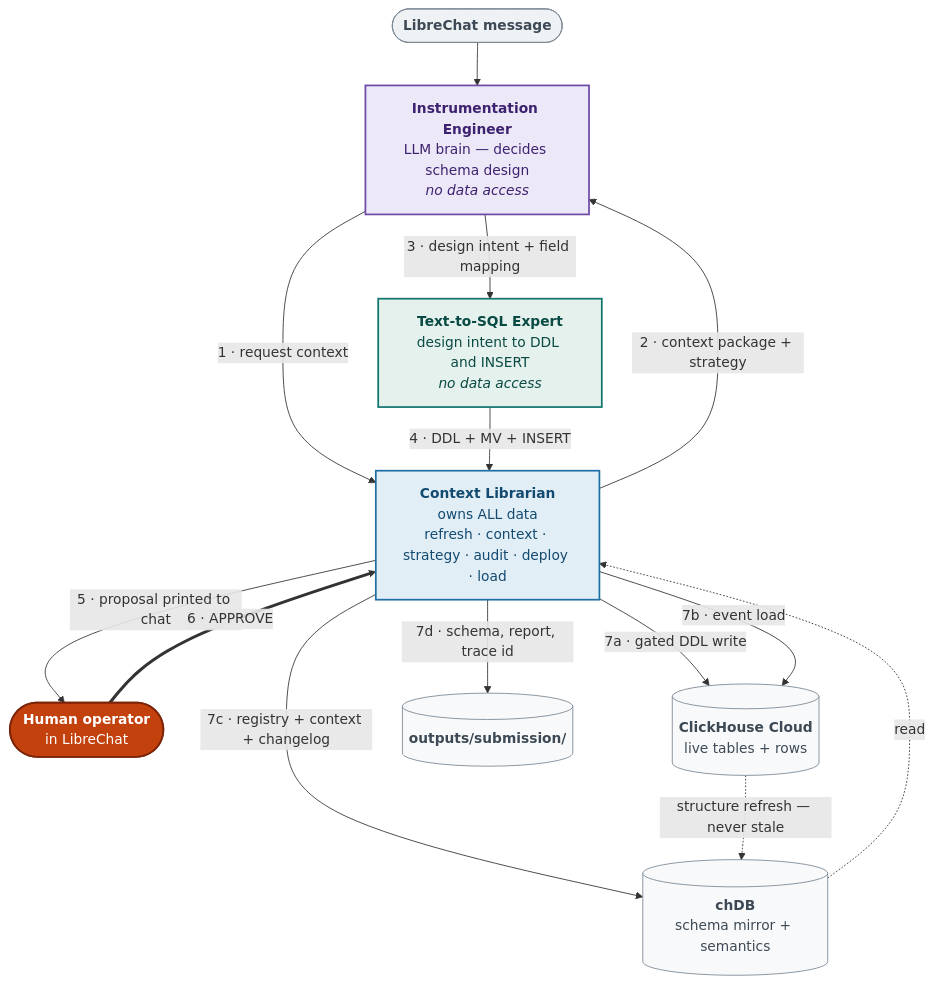
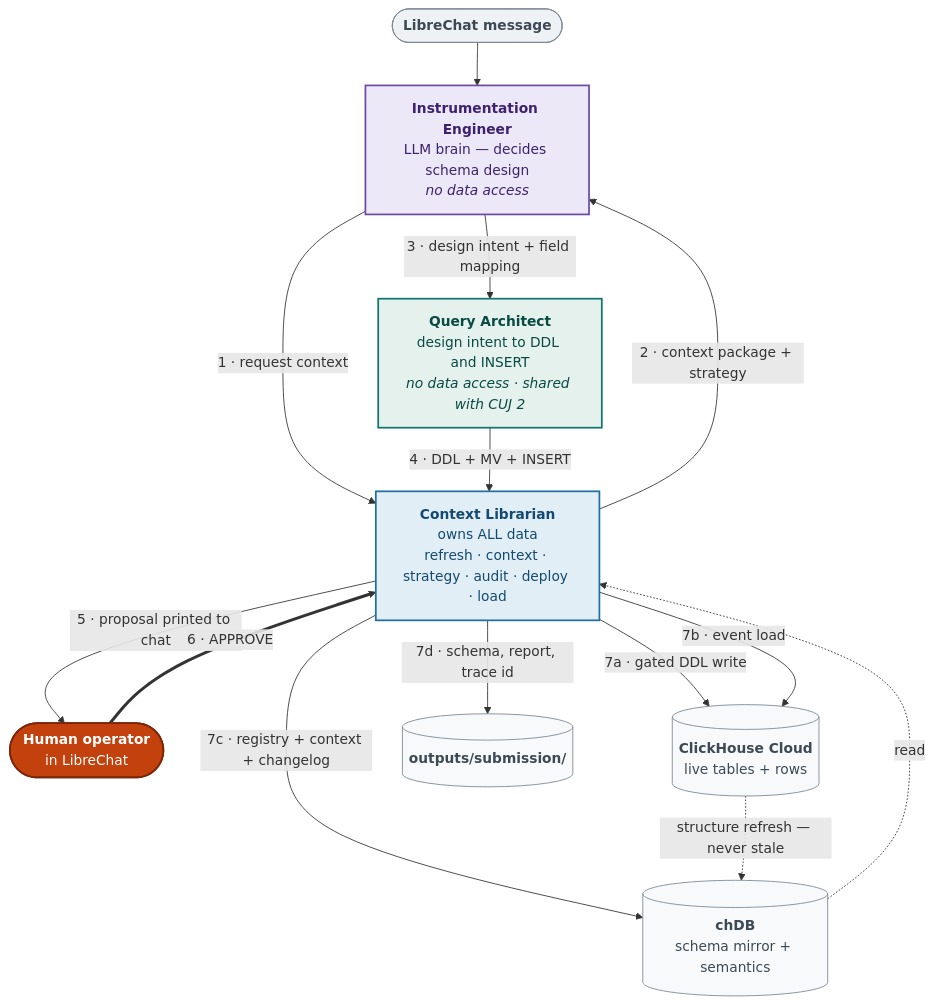
Before and after one commit to deepesh17feb/InsightMesh: the second of 4 diagrams in docs/CUJ1.md, drawn with Mermaid. The commit also changed other lines of this file and 1 other file, not shown here.

First line of the commit message:
docs(cuj): unify Query Architect naming and sharpen the SQL-ownership boundary

````diff
--- a/docs/CUJ1.md
+++ b/docs/CUJ1.md
@@ -147,42 +153,42 @@
 ```mermaid
 flowchart TD
     PROMPT(["<b>LibreChat message</b>"]) --> IE
 
     IE["<b>Instrumentation Engineer</b><br/>LLM brain — decides schema design<br/><i>no data access</i>"]
     CL["<b>Context Librarian</b><br/>owns ALL data<br/>refresh · context · strategy · audit · deploy · load"]
-    QA["<b>Text-to-SQL Expert</b><br/>design intent to DDL and INSERT<br/><i>no data access</i>"]
+    QA["<b>Query Architect</b><br/>design intent to DDL and INSERT<br/><i>no data access · shared with CUJ 2</i>"]
     OP(["<b>Human operator</b><br/>in LibreChat"])
 
     IE -->|"1 · request context"| CL
     CL -->|"2 · context package + strategy"| IE
     IE -->|"3 · design intent + field mapping"| QA
     QA -->|"4 · DDL + MV + INSERT"| CL
     CL -->|"5 · proposal printed to chat"| OP
     OP ==>|"6 · APPROVE"| CL
 
     CL -->|"7a · gated DDL write"| LIVE
     CL -->|"7b · event load"| LIVE
     CL -->|"7c · registry + context + changelog"| CHDB
     CL -->|"7d · schema, report, trace id"| ART
 
     CHDB[("<b>chDB</b><br/>schema mirror + semantics")]
     LIVE[("<b>ClickHouse Cloud</b><br/>live tables + rows")]
     ART[("<b>outputs/submission/</b>")]
 
     LIVE -.->|"structure refresh — never stale"| CHDB
     CHDB -.->|"read"| CL
 
     classDef lib fill:#e2eef6,stroke:#1d6fa5,stroke-width:2px,color:#134a70
     classDef eng fill:#ede8f7,stroke:#6d4aa5,stroke-width:2px,color:#3d2270
     classDef arch fill:#e4f1ec,stroke:#0f766e,stroke-width:2px,color:#0a4a44
     classDef human fill:#c2410c,stroke:#7c2408,stroke-width:2px,color:#ffffff
     classDef store fill:#f7f9fa,stroke:#7a8894,stroke-width:1px,color:#3d4a55
     classDef io fill:#eef2f5,stroke:#7a8894,stroke-width:1px,color:#3d4a55
 
     class CL lib
     class IE eng
     class QA arch
     class OP human
     class CHDB,LIVE,ART store
     class PROMPT io
 ```
````
